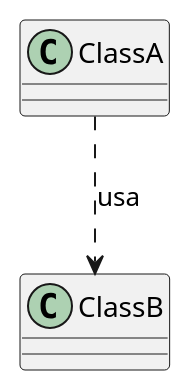
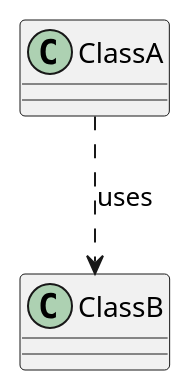
Before and after one commit to Seniorsimo/sas-template: the ninth of 30 diagrams in 04-structural-diagrams/class-diagrams/README.md, drawn with PlantUML. The commit also changed other lines of this file and 49 other files, not shown here.

````diff
--- a/04-structural-diagrams/class-diagrams/README.md
+++ b/04-structural-diagrams/class-diagrams/README.md
@@ -89,3 +89,3 @@
 ```plantuml
-ClassA ..> ClassB : "usa"
+ClassA ..> ClassB : "uses"
 ```
````
